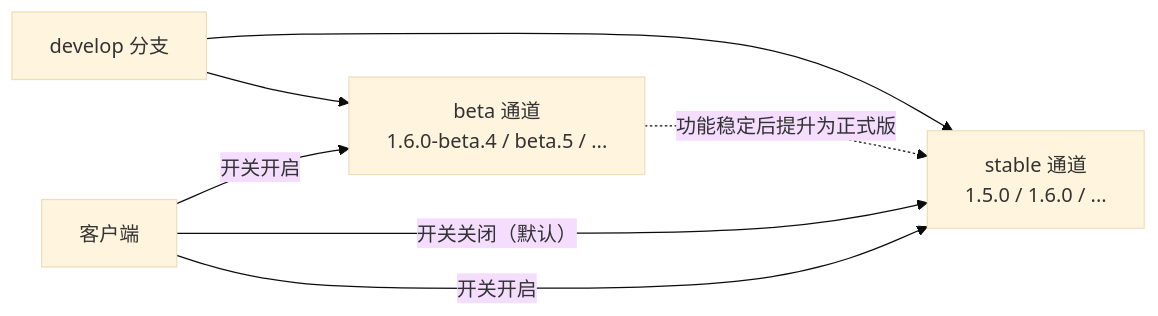
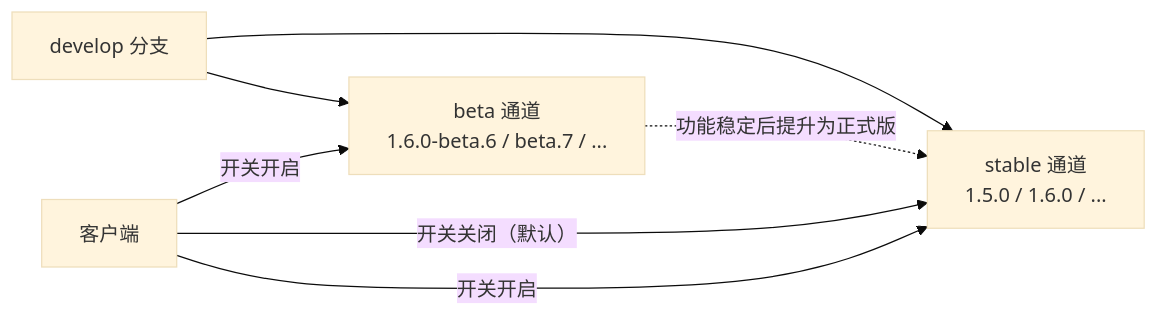
Before and after one commit to Harley-xk/mark-it: the first of 2 diagrams in docs/发版通道.md, drawn with Mermaid (base theme). The commit also changed 4 other files, not shown here.

````diff
--- a/docs/发版通道.md
+++ b/docs/发版通道.md
@@ -14,9 +14,9 @@
 ```mermaid
 flowchart LR
-    DEV["develop 分支"] --> BETA["beta 通道<br/>1.6.0-beta.4 / beta.5 / ..."]
+    DEV["develop 分支"] --> BETA["beta 通道<br/>1.6.0-beta.6 / beta.7 / ..."]
     DEV --> STABLE["stable 通道<br/>1.5.0 / 1.6.0 / ..."]
     BETA -. "功能稳定后提升为正式版" .-> STABLE
     CLIENT["客户端"] -->|"开关关闭（默认）"| STABLE
     CLIENT -->|"开关开启"| BETA
     CLIENT -->|"开关开启"| STABLE
 ```
````
